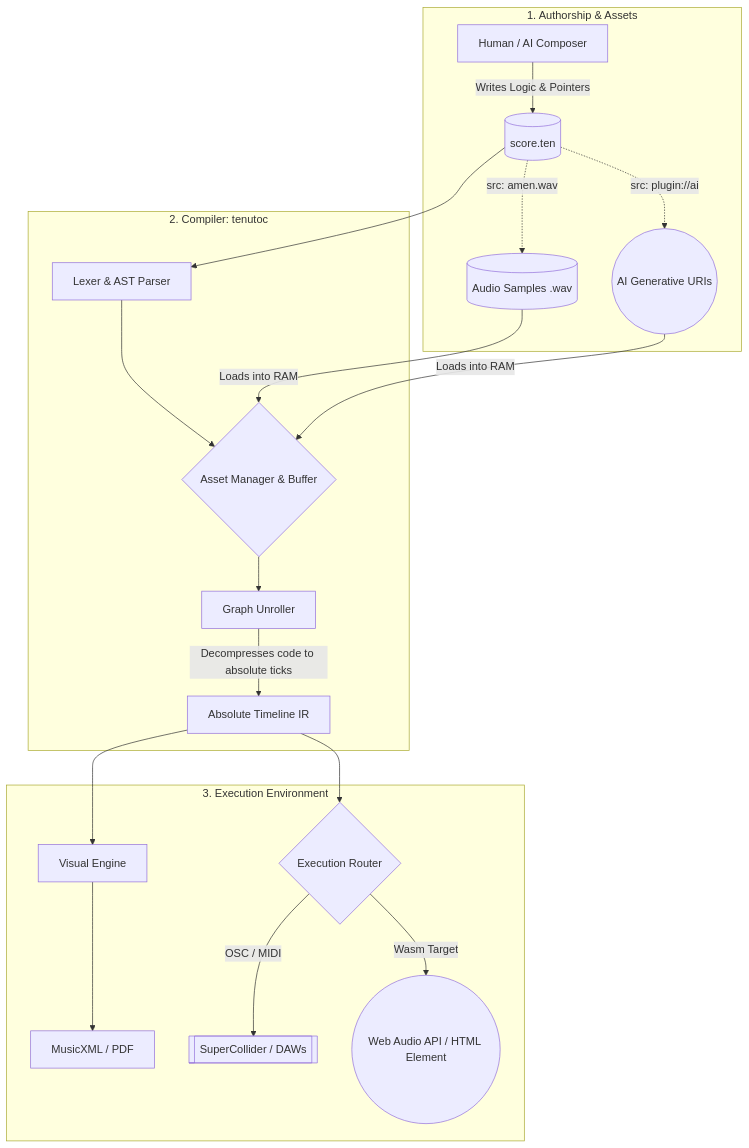
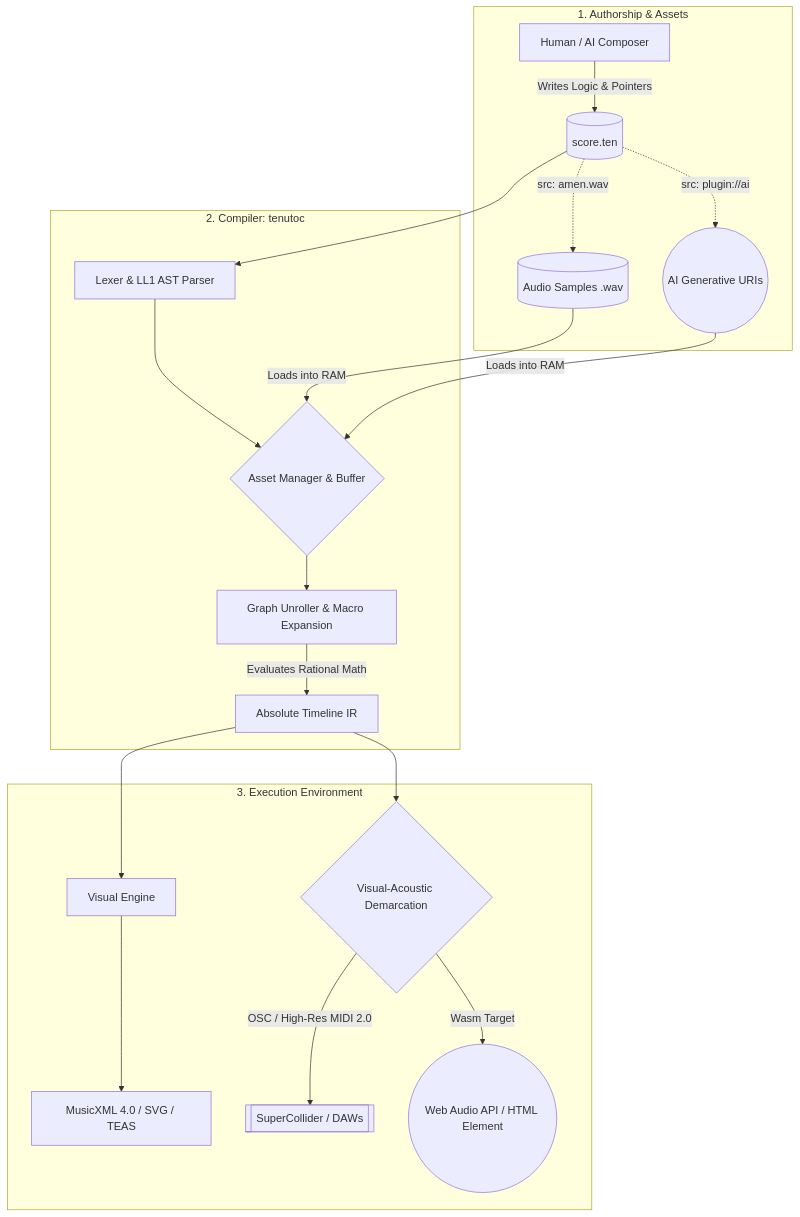
One commit to alec-borman/TenutoNotationLanguage changed the diagram in README.md. Above: the diagram before and after it, drawn with Mermaid. The commit also changed other lines of this file, not shown here.

````diff
--- a/README.md
+++ b/README.md
@@ -148,23 +83,23 @@
 ```mermaid
 graph TD
     subgraph Workspace [1. Authorship & Assets]
         Composer[Human / AI Composer] -->|Writes Logic & Pointers| Source[(score.ten)]
         Source -.->|src: amen.wav| Samples[(Audio Samples .wav)]
         Source -.->|src: plugin://ai| Plugins((AI Generative URIs))
     end
 
-    subgraph Compiler [2. Compiler: tenutoc]
-        Source --> Parse[Lexer & AST Parser]
+    subgraph Compiler[2. Compiler: tenutoc]
+        Source --> Parse[Lexer & LL1 AST Parser]
         Parse --> AssetMgr{Asset Manager & Buffer}
         Samples & Plugins -->|Loads into RAM| AssetMgr
-        AssetMgr --> Unroller[Graph Unroller]
-        Unroller -->|Decompresses code to absolute ticks| IR[Absolute Timeline IR]
+        AssetMgr --> Unroller[Graph Unroller & Macro Expansion]
+        Unroller -->|Evaluates Rational Math| IR[Absolute Timeline IR]
     end
 
     subgraph Execution [3. Execution Environment]
-        IR --> Vis[Visual Engine] --> XML[MusicXML / PDF]
-        IR --> AudioRouter{Execution Router}
-        AudioRouter -->|OSC / MIDI| ProAudio[[SuperCollider / DAWs]]
+        IR --> Vis[Visual Engine] --> XML[MusicXML 4.0 / SVG / TEAS]
+        IR --> AudioRouter{Visual-Acoustic Demarcation}
+        AudioRouter -->|OSC / High-Res MIDI 2.0| ProAudio[[SuperCollider / DAWs]]
         AudioRouter -->|Wasm Target| WebRuntime((Web Audio API / HTML Element))
     end
 ```
````
